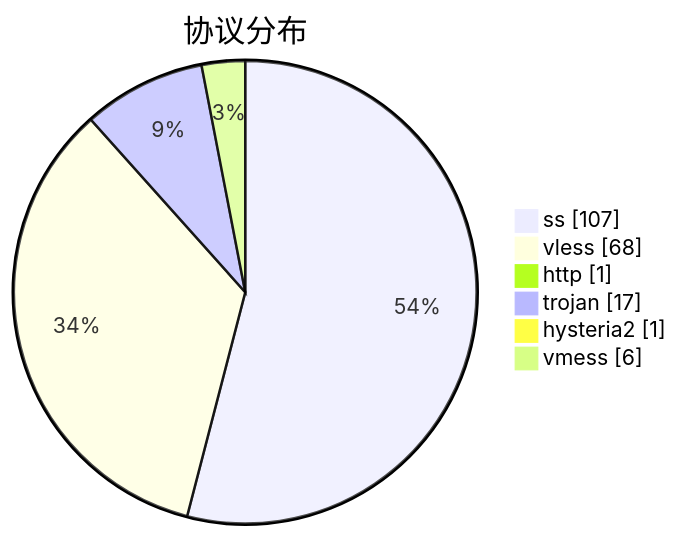
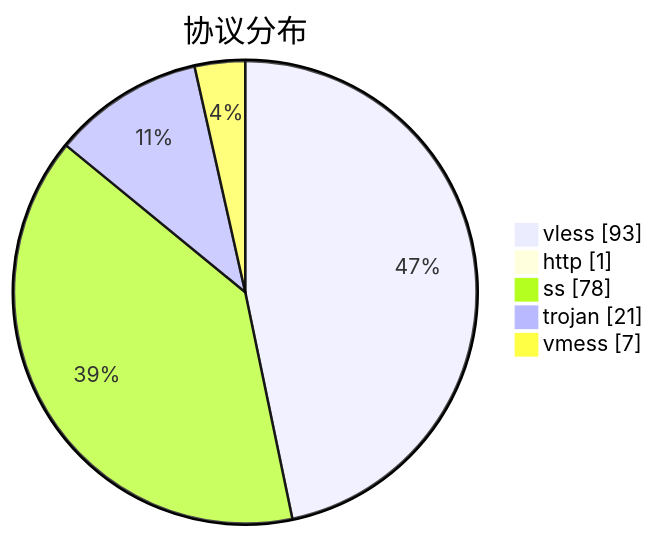
One commit to qjlxg/airport changed the third of 3 diagrams in subs/statistics/tested_within.md. Above: the diagram before and after it, drawn with Mermaid. The commit also changed other lines of this file and 2 other files, not shown here.

````diff
--- a/subs/statistics/tested_within.md
+++ b/subs/statistics/tested_within.md
@@ -27,10 +25,9 @@
 ```mermaid
 pie showData
 title 协议分布
-"ss" : 107
-"vless" : 68
+"vless" : 93
 "http" : 1
-"trojan" : 17
-"hysteria2" : 1
-"vmess" : 6
+"ss" : 78
+"trojan" : 21
+"vmess" : 7
 ```
````
